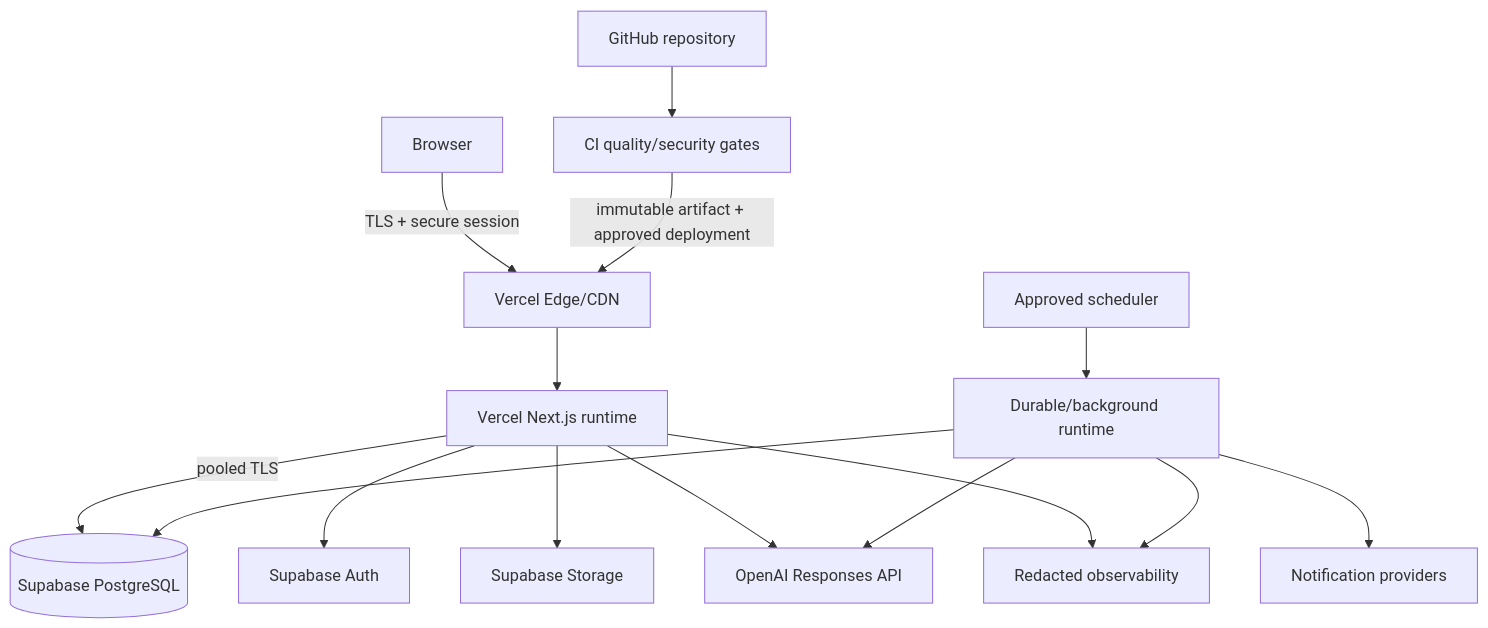
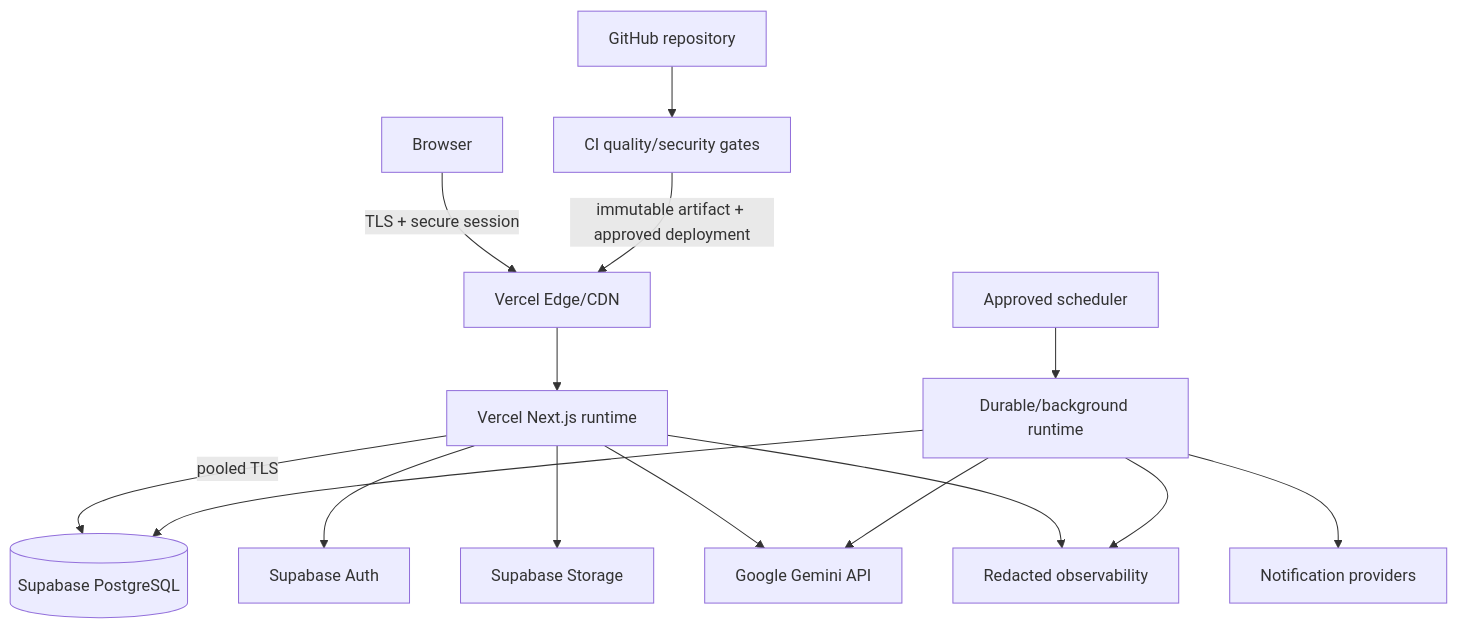
One commit to Mina-Sayed/voya-os changed the fifth of 5 diagrams in docs/ARCHITECTURE.md. Above: the diagram before and after it, drawn with Mermaid. The commit also changed other lines of this file and 16 other files, not shown here.

````diff
--- a/docs/ARCHITECTURE.md
+++ b/docs/ARCHITECTURE.md
@@ -182,17 +182,17 @@
 ```mermaid
 flowchart TB
   User[Browser] -->|TLS + secure session| Edge[Vercel Edge/CDN]
   Edge --> App[Vercel Next.js runtime]
   App -->|pooled TLS| DB[(Supabase PostgreSQL)]
   App --> Auth[Supabase Auth]
   App --> Store[Supabase Storage]
-  App --> OpenAI[OpenAI Responses API]
+  App --> Gemini[Google Gemini API]
   Scheduler[Approved scheduler] --> Worker[Durable/background runtime]
   Worker --> DB
-  Worker --> OpenAI
+  Worker --> Gemini
   Worker --> Channels[Notification providers]
   App --> Telemetry[Redacted observability]
   Worker --> Telemetry
   GitHub[GitHub repository] --> CI[CI quality/security gates]
   CI -->|immutable artifact + approved deployment| Edge
 ```
````
